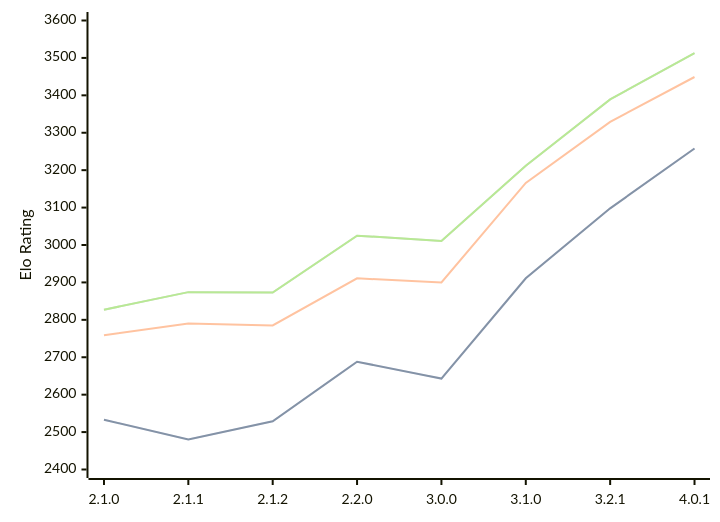
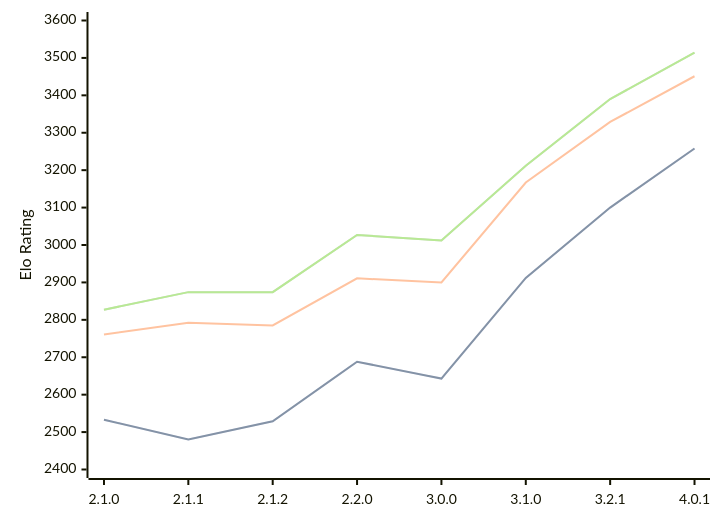
The diagram in engines/Prune.md (computer-chess-index/cci), drawn with Mermaid before and after one commit. The commit also changed other lines of this file, not shown here.

Commit message:
Update CCI Ratings (ELO VLTC) - 2026-09-16

````diff
--- a/engines/Prune.md
+++ b/engines/Prune.md
@@ -40,11 +40,11 @@
 ```mermaid
 %%{init: {"theme":"base","themeVariables":{"seriesColors:['#a3a3a3','#222221','#faa371']}}}%%
 xychart-beta
   x-axis ["2.1.0", "2.1.1", "2.1.2", "2.2.0", "3.0.0", "3.1.0", "3.2.1", "4.0.1"]
   y-axis "Elo Rating" 2400 --> 3600
-  line "" [2533, 2480, 2529, 2688, 2643, 2911, 3098, 3258]
-  line "STC (8.0+0.08s)" [2533, 2480, 2529, 2688, 2643, 2911, 3098, 3258]
-  line "LTC (60.0+0.60s)" [2759, 2790, 2785, 2911, 2900, 3166, 3329, 3449]
-  line "" [2827, 2874, 2873, 3025, 3011, 3212, 3389, 3513]
-  line "VLTC (2m24s+1.12s)" [2827, 2874, 2873, 3025, 3011, 3212, 3389, 3513]
+  line "" [2533, 2480, 2529, 2688, 2643, 2912, 3100, 3258]
+  line "STC (8.0+0.08s)" [2533, 2480, 2529, 2688, 2643, 2912, 3100, 3258]
+  line "LTC (60.0+0.60s)" [2761, 2792, 2785, 2911, 2900, 3167, 3329, 3451]
+  line "" [2827, 2874, 2874, 3027, 3012, 3212, 3390, 3514]
+  line "VLTC (2m24s+1.12s)" [2827, 2874, 2874, 3027, 3012, 3212, 3390, 3514]
 ```
````
